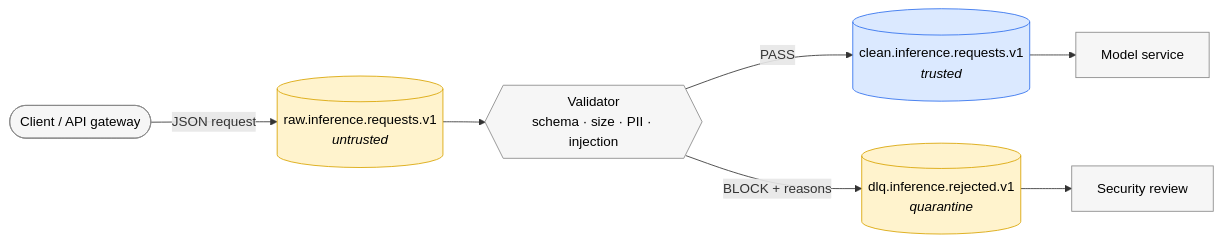
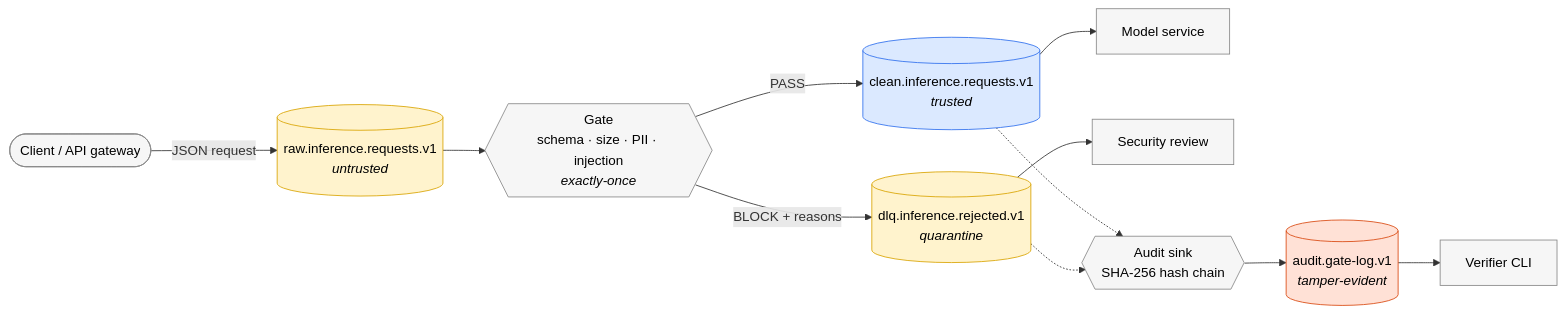
The diagram in README.md (asalemeng/kafka-ai-safety-gate), drawn with Mermaid before and after one commit. The commit also changed other lines of this file and 2 other files, not shown here.

Commit message:
Add illustrations to docs/ and the README with the audit trail section

````diff
--- a/README.md
+++ b/README.md
@@ -17,16 +17,22 @@
 ```mermaid
 flowchart LR
     client([Client / API gateway]) -->|JSON request| raw[("raw.inference.requests.v1<br/><i>untrusted</i>")]
-    raw --> gate{{"Validator<br/>schema · size · PII · injection"}}
+    raw --> gate{{"Gate<br/>schema · size · PII · injection<br/><i>exactly-once</i>"}}
     gate -->|PASS| clean[("clean.inference.requests.v1<br/><i>trusted</i>")]
     gate -->|BLOCK + reasons| dlq[("dlq.inference.rejected.v1<br/><i>quarantine</i>")]
     clean --> model[Model service]
     dlq --> review[Security review]
+    clean -.-> sink{{"Audit sink<br/>SHA-256 hash chain"}}
+    dlq -.-> sink
+    sink --> audit[("audit.gate-log.v1<br/><i>tamper-evident</i>")]
+    audit --> verifier[Verifier CLI]
 
     classDef topic fill:#fff3cd,stroke:#d9a400,color:#000
     classDef trusted fill:#dbe9ff,stroke:#2f6fed,color:#000
+    classDef auditc fill:#ffe1d6,stroke:#d9480f,color:#000
     classDef svc fill:#f6f6f6,stroke:#888,color:#000
     class raw,dlq topic
     class clean trusted
-    class client,gate,model,review svc
+    class audit auditc
+    class client,gate,model,review,sink,verifier svc
 ```
````
